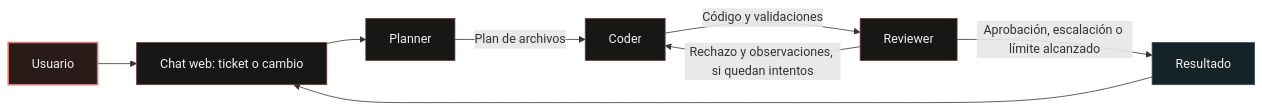
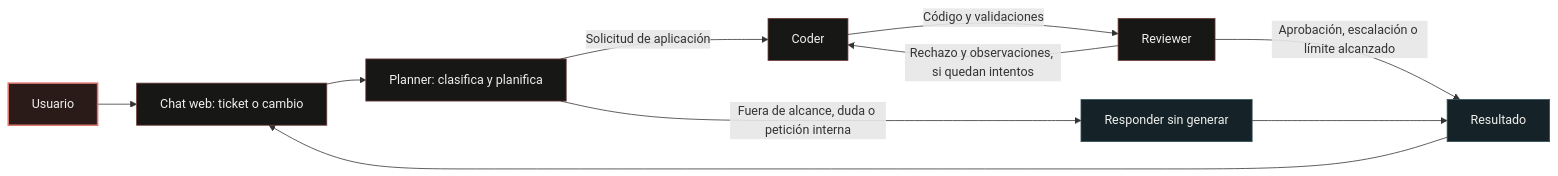
Before and after one commit to gdpe-franco/ai-coding-agent-pipeline: the first of 2 diagrams in README.md, drawn with Mermaid. The commit also changed other lines of this file and 3 other files, not shown here.

````diff
--- a/README.md
+++ b/README.md
@@ -26,16 +31,18 @@
 ```mermaid
 flowchart LR
     usuario[Usuario] --> chat["Chat web: ticket o cambio"]
-    chat --> planner[Planner]
-    planner -->|Plan de archivos| coder[Coder]
+    chat --> planner["Planner: clasifica y planifica"]
+    planner -->|Solicitud de aplicación| coder[Coder]
+    planner -->|Fuera de alcance, duda o petición interna| detener[Responder sin generar]
     coder -->|Código y validaciones| reviewer[Reviewer]
     reviewer -->|Rechazo y observaciones, si quedan intentos| coder
     reviewer -->|Aprobación, escalación o límite alcanzado| resultado[Resultado]
+    detener --> resultado
     resultado --> chat
     classDef user fill:#2a1a18,stroke:#d9776e,color:#f0f0ee,stroke-width:2px
     classDef agent fill:#171716,stroke:#6f3d38,color:#f0f0ee
     classDef outcome fill:#152328,stroke:#35515a,color:#f0f0ee
     class usuario user
     class chat,planner,coder,reviewer agent
-    class resultado outcome
+    class resultado,detener outcome
 ```
````
